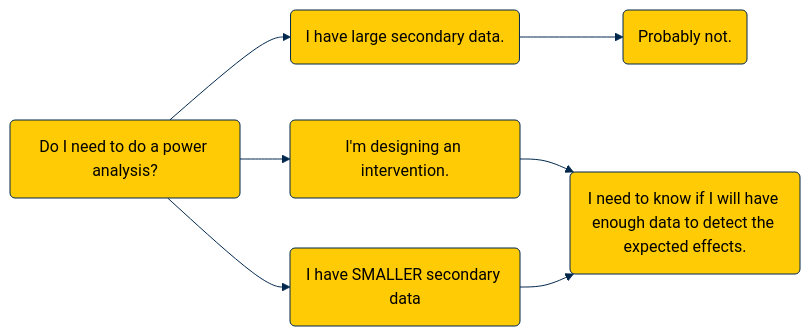
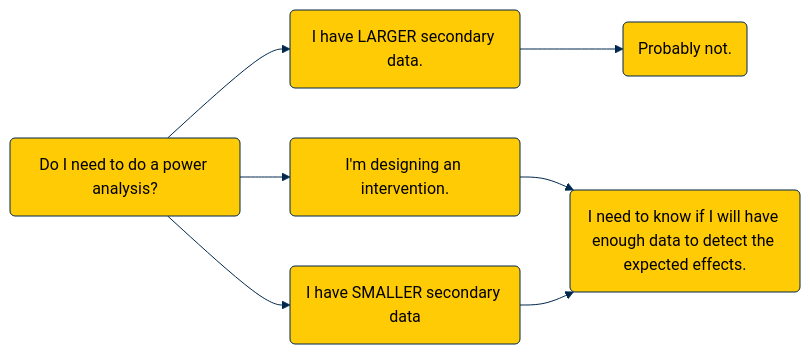
The diagram in power-analysis/README.md (agrogan1/teaching), drawn with Mermaid before and after one commit.

````diff
--- a/power-analysis/README.md
+++ b/power-analysis/README.md
@@ -3,25 +3,25 @@
 ```mermaid
 %%{
   init: {
     'theme': 'base',
     'themeVariables': {
       'primaryColor': '#FFCB05',
       'primaryTextColor': '#000000',
       'primaryBorderColor': '#00274C',
       'lineColor': '#00274C',
       'secondaryColor': '#00274C',
       'secondaryTextColor': '#000000',
       'tertiaryColor': '#F2F2F2',
       'tertiaryBorderColor': '#00274C'
     }
   }
 }%%
 
 flowchart LR
-  question(Do I need to do a power analysis?) --> secondary(I have large secondary data.)
+  question(Do I need to do a power analysis?) --> secondary(I have LARGER secondary data.)
   secondary --> probablynot(Probably not.) 
   question --> intervention(I'm designing an intervention.)
   intervention --> enoughdata(I need to know if I will have enough data to detect the expected effects.)
   question --> smallsecondary(I have SMALLER secondary data)
   smallsecondary --> enoughdata
 ```
````
